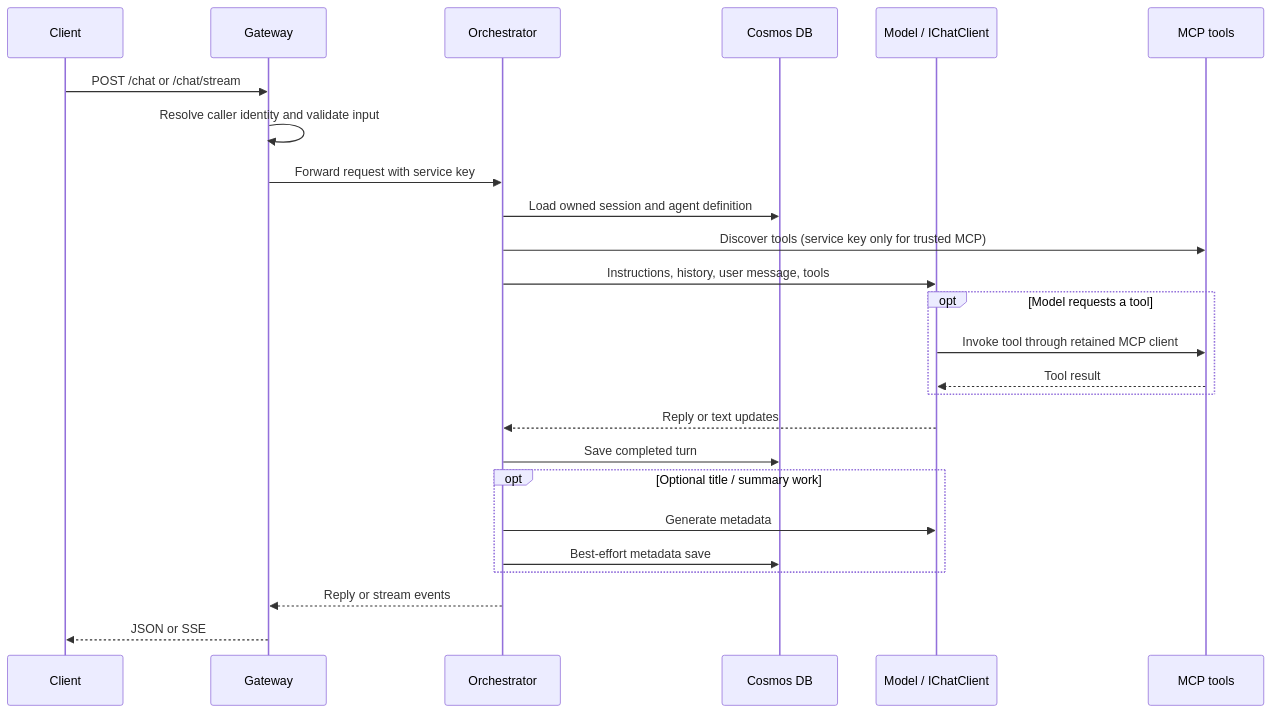
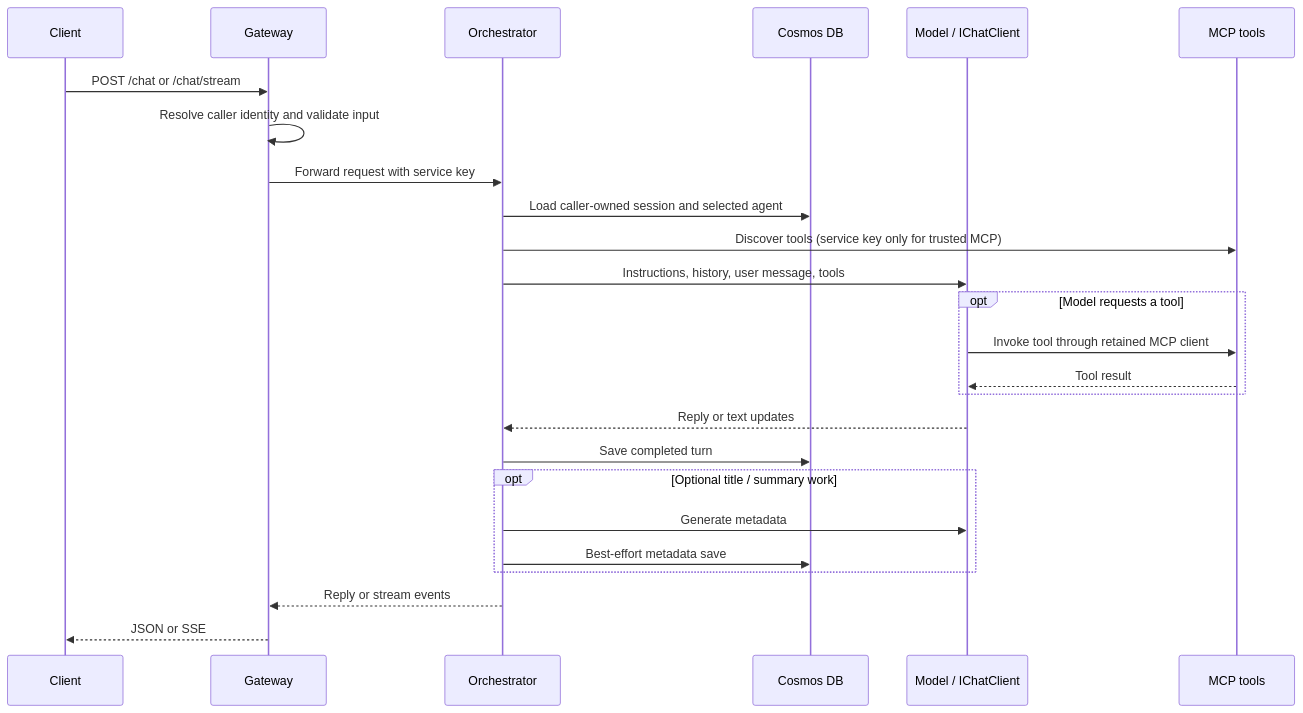
Before and after one commit to khuongpham1995/MyAIAgent: the second of 3 diagrams in docs/architecture.md, drawn with Mermaid. The commit also changed other lines of this file and 8 other files, not shown here.

````diff
--- a/docs/architecture.md
+++ b/docs/architecture.md
@@ -31,27 +47,27 @@
 ```mermaid
 sequenceDiagram
     participant C as Client
     participant G as Gateway
     participant O as Orchestrator
     participant DB as Cosmos DB
     participant M as Model / IChatClient
     participant T as MCP tools
     C->>G: POST /chat or /chat/stream
     G->>G: Resolve caller identity and validate input
     G->>O: Forward request with service key
-    O->>DB: Load owned session and agent definition
+    O->>DB: Load caller-owned session and selected agent
     O->>T: Discover tools (service key only for trusted MCP)
     O->>M: Instructions, history, user message, tools
     opt Model requests a tool
         M->>T: Invoke tool through retained MCP client
         T-->>M: Tool result
     end
     M-->>O: Reply or text updates
     O->>DB: Save completed turn
     opt Optional title / summary work
         O->>M: Generate metadata
         O->>DB: Best-effort metadata save
     end
     O-->>G: Reply or stream events
     G-->>C: JSON or SSE
 ```
````
